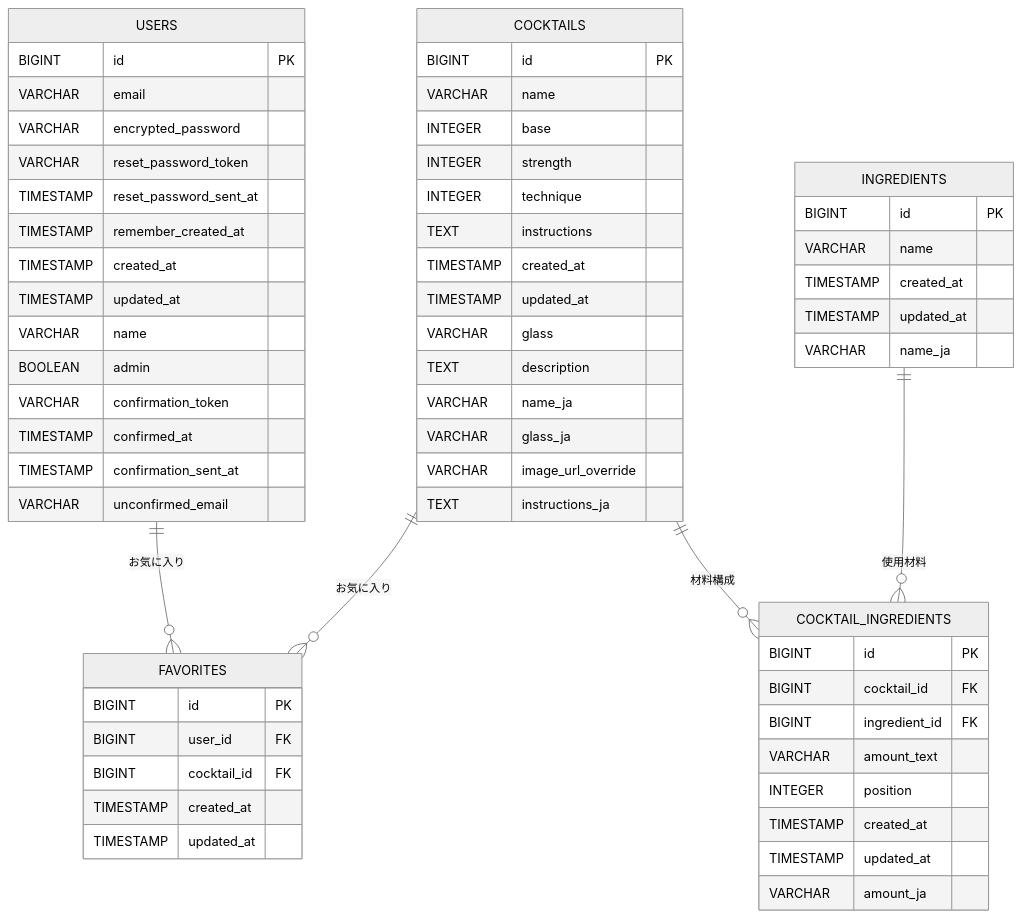
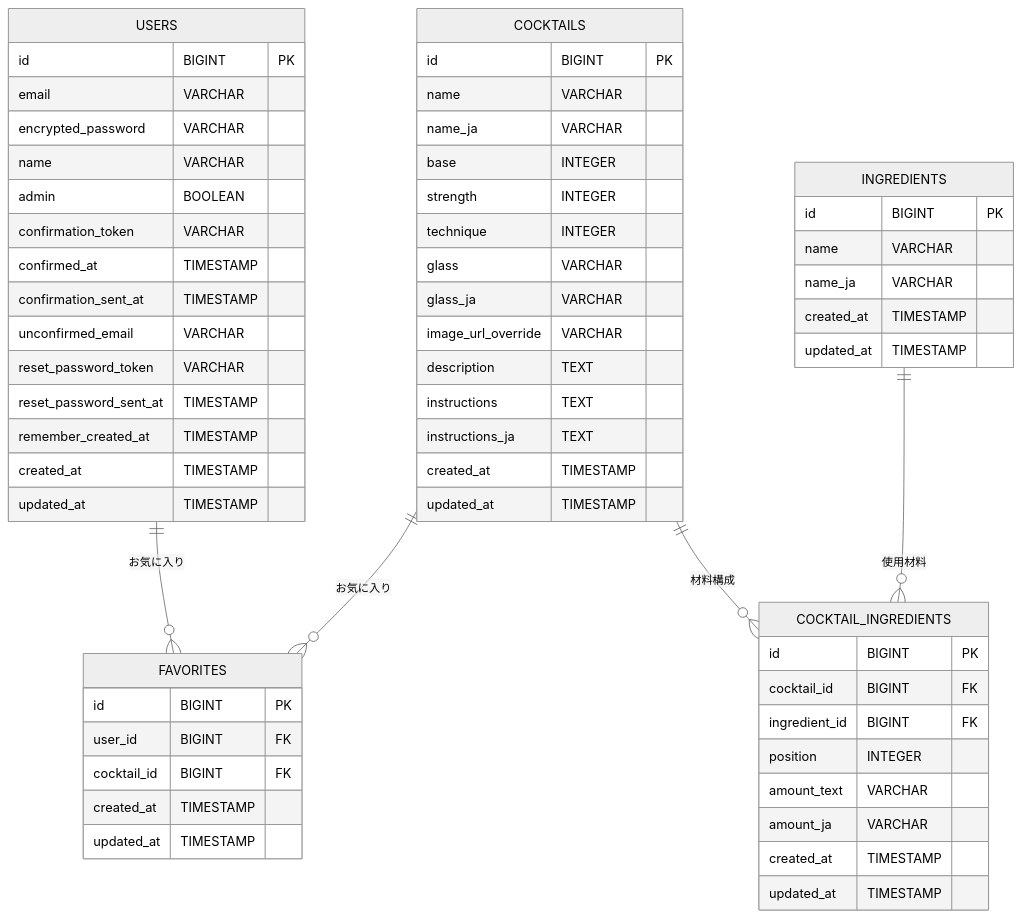
Before and after one commit to iakito-dev/todays-cocktail: the diagram in README.md, drawn with Mermaid (neutral theme). The commit also changed other lines of this file, not shown here.

Commit message:
Revise database schema in README.md
Updated the database schema for users, cocktails, ingredients, cocktail ingredients, and favorites in the README.

````diff
--- a/README.md
+++ b/README.md
@@ -73,71 +73,71 @@
 ```mermaid
 erDiagram
 
   USERS {
-    BIGINT id PK
-    VARCHAR email
-    VARCHAR encrypted_password
-    VARCHAR reset_password_token
-    TIMESTAMP reset_password_sent_at
-    TIMESTAMP remember_created_at
-    TIMESTAMP created_at
-    TIMESTAMP updated_at
-    VARCHAR name
-    BOOLEAN admin
-    VARCHAR confirmation_token
-    TIMESTAMP confirmed_at
-    TIMESTAMP confirmation_sent_at
-    VARCHAR unconfirmed_email
+    id BIGINT PK
+    email VARCHAR
+    encrypted_password VARCHAR
+    name VARCHAR
+    admin BOOLEAN
+    confirmation_token VARCHAR
+    confirmed_at TIMESTAMP
+    confirmation_sent_at TIMESTAMP
+    unconfirmed_email VARCHAR
+    reset_password_token VARCHAR
+    reset_password_sent_at TIMESTAMP
+    remember_created_at TIMESTAMP
+    created_at TIMESTAMP
+    updated_at TIMESTAMP
   }
 
   COCKTAILS {
-    BIGINT id PK
-    VARCHAR name
-    INTEGER base
-    INTEGER strength
-    INTEGER technique
-    TEXT instructions
-    TIMESTAMP created_at
-    TIMESTAMP updated_at
-    VARCHAR glass
-    TEXT description
-    VARCHAR name_ja
-    VARCHAR glass_ja
-    VARCHAR image_url_override
-    TEXT instructions_ja
+    id BIGINT PK
+    name VARCHAR
+    name_ja VARCHAR
+    base INTEGER
+    strength INTEGER
+    technique INTEGER
+    glass VARCHAR
+    glass_ja VARCHAR
+    image_url_override VARCHAR
+    description TEXT
+    instructions TEXT
+    instructions_ja TEXT
+    created_at TIMESTAMP
+    updated_at TIMESTAMP
   }
 
   INGREDIENTS {
-    BIGINT id PK
-    VARCHAR name
-    TIMESTAMP created_at
-    TIMESTAMP updated_at
-    VARCHAR name_ja
+    id BIGINT PK
+    name VARCHAR
+    name_ja VARCHAR
+    created_at TIMESTAMP
+    updated_at TIMESTAMP
   }
 
   COCKTAIL_INGREDIENTS {
-    BIGINT id PK
-    BIGINT cocktail_id FK
-    BIGINT ingredient_id FK
-    VARCHAR amount_text
-    INTEGER position
-    TIMESTAMP created_at
-    TIMESTAMP updated_at
-    VARCHAR amount_ja
+    id BIGINT PK
+    cocktail_id BIGINT FK
+    ingredient_id BIGINT FK
+    position INTEGER
+    amount_text VARCHAR
+    amount_ja VARCHAR
+    created_at TIMESTAMP
+    updated_at TIMESTAMP
   }
 
   FAVORITES {
-    BIGINT id PK
-    BIGINT user_id FK
-    BIGINT cocktail_id FK
-    TIMESTAMP created_at
-    TIMESTAMP updated_at
+    id BIGINT PK
+    user_id BIGINT FK
+    cocktail_id BIGINT FK
+    created_at TIMESTAMP
+    updated_at TIMESTAMP
   }
 
   %% Relationships
   USERS ||--o{ FAVORITES : "お気に入り"
   COCKTAILS ||--o{ FAVORITES : "お気に入り"
 
   COCKTAILS ||--o{ COCKTAIL_INGREDIENTS : "材料構成"
   INGREDIENTS ||--o{ COCKTAIL_INGREDIENTS : "使用材料"
 ```
````
